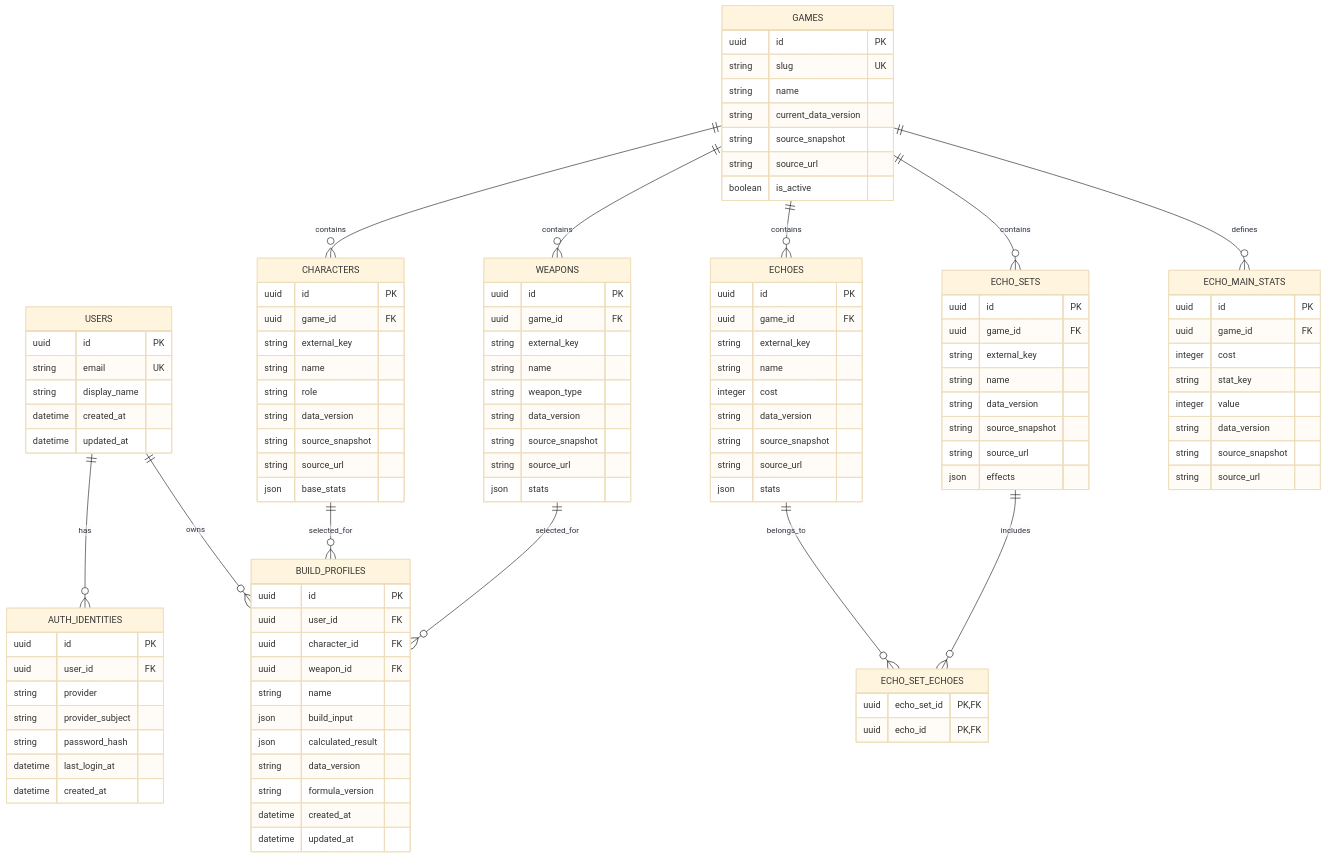
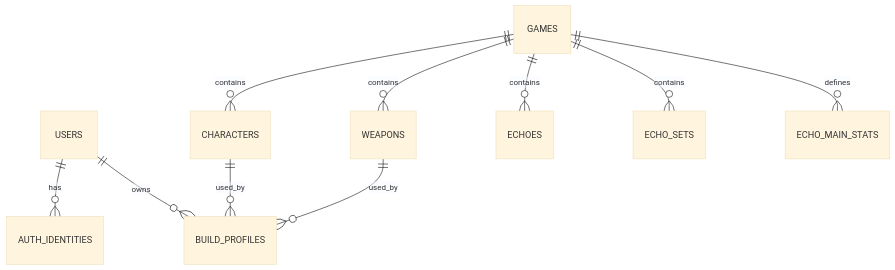
The diagram in docs/erd.md (Erensia/Buildex), drawn with Mermaid (base theme) before and after one commit. The commit also changed other lines of this file and 8 other files, not shown here.

Commit message:
feat: add data-driven build editing

````diff
--- a/docs/erd.md
+++ b/docs/erd.md
@@ -21,104 +9,6 @@
     GAMES ||--o{ ECHOES : contains
     GAMES ||--o{ ECHO_SETS : contains
     GAMES ||--o{ ECHO_MAIN_STATS : defines
-    ECHO_SETS ||--o{ ECHO_SET_ECHOES : includes
-    ECHOES ||--o{ ECHO_SET_ECHOES : belongs_to
-    CHARACTERS ||--o{ BUILD_PROFILES : selected_for
-    WEAPONS ||--o{ BUILD_PROFILES : selected_for
-
-    USERS {
-        uuid id PK
-        string email UK
-        string display_name
-        datetime created_at
-        datetime updated_at
-    }
-    AUTH_IDENTITIES {
-        uuid id PK
-        uuid user_id FK
-        string provider
-        string provider_subject
-        string password_hash
-        datetime last_login_at
-        datetime created_at
-    }
-    GAMES {
-        uuid id PK
-        string slug UK
-        string name
-        string current_data_version
-        string source_snapshot
-        string source_url
-        boolean is_active
-    }
-    CHARACTERS {
-        uuid id PK
-        uuid game_id FK
-        string external_key
-        string name
-        string role
-        string data_version
-        string source_snapshot
-        string source_url
-        json base_stats
-    }
-    WEAPONS {
-        uuid id PK
-        uuid game_id FK
-        string external_key
-        string name
-        string weapon_type
-        string data_version
-        string source_snapshot
-        string source_url
-        json stats
-    }
-    ECHOES {
-        uuid id PK
-        uuid game_id FK
-        string external_key
-        string name
-        integer cost
-        string data_version
-        string source_snapshot
-        string source_url
-        json stats
-    }
-    ECHO_SETS {
-        uuid id PK
-        uuid game_id FK
-        string external_key
-        string name
-        string data_version
-        string source_snapshot
-        string source_url
-        json effects
-    }
-    ECHO_SET_ECHOES {
-        uuid echo_set_id PK,FK
-        uuid echo_id PK,FK
-    }
-    ECHO_MAIN_STATS {
-        uuid id PK
-        uuid game_id FK
-        integer cost
-        string stat_key
-        integer value
-        string data_version
-        string source_snapshot
-        string source_url
-    }
-    BUILD_PROFILES {
-        uuid id PK
-        uuid user_id FK
-        uuid character_id FK
-        uuid weapon_id FK
-        string name
-        json build_input
-        json calculated_result
-        string data_version
-        string formula_version
-        datetime created_at
-        datetime updated_at
-    }
+    CHARACTERS ||--o{ BUILD_PROFILES : used_by
+    WEAPONS ||--o{ BUILD_PROFILES : used_by
 ```
````
